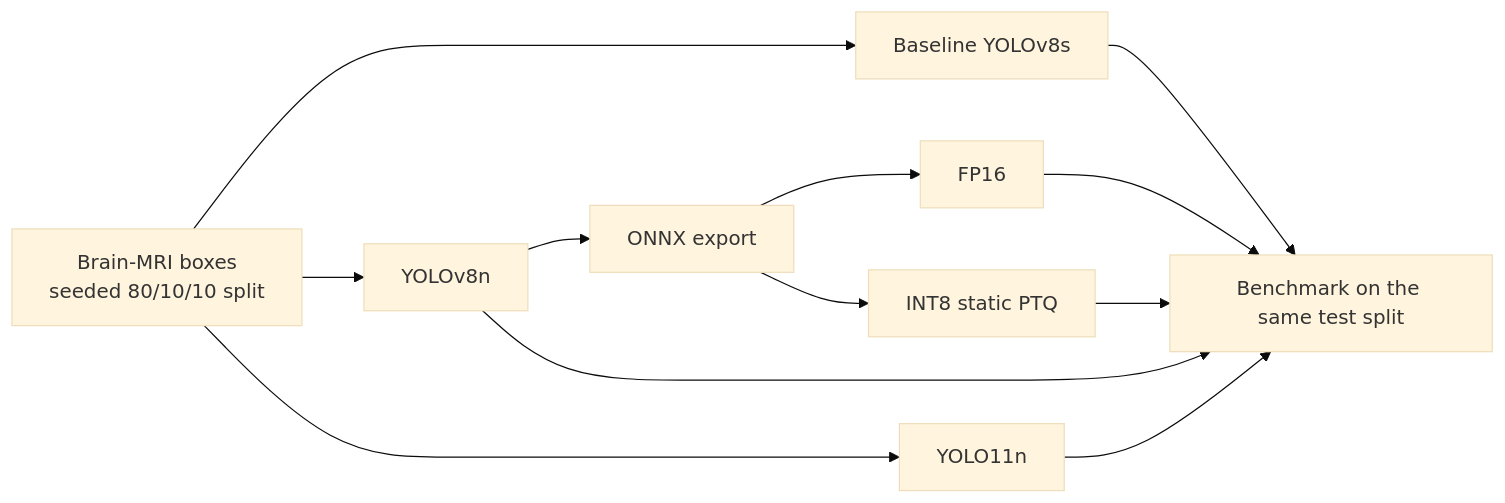
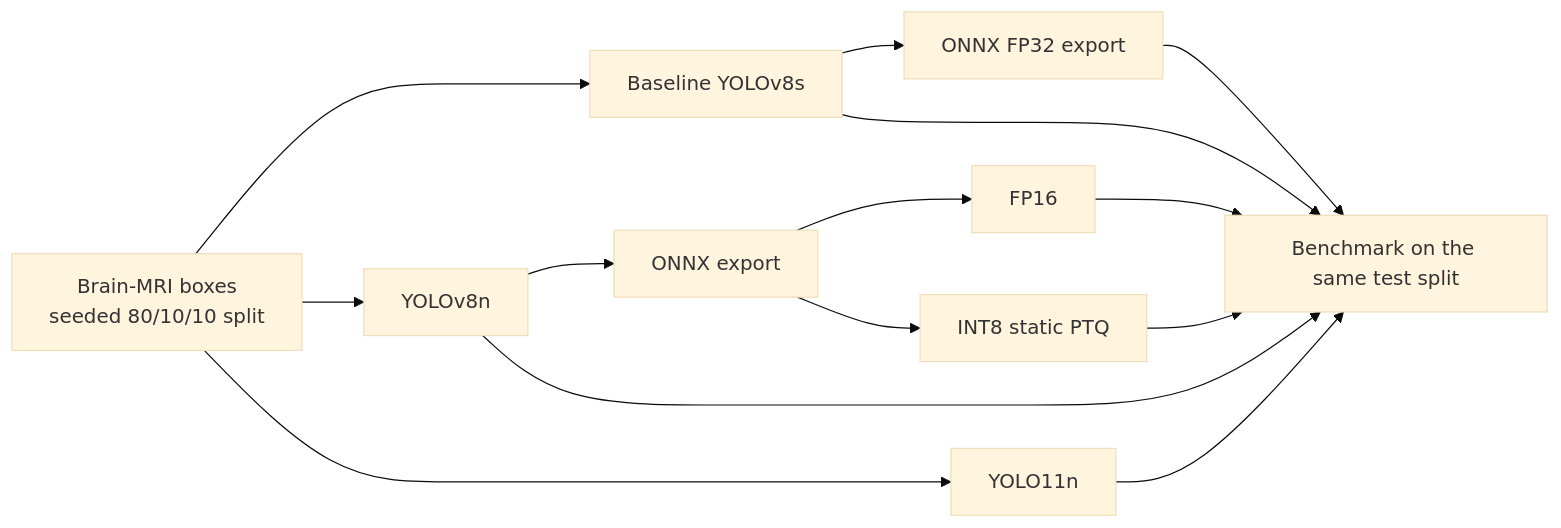
One commit to usman9114/tiny-tumor-detector changed the diagram in README.md. Above: the diagram before and after it, drawn with Mermaid (base theme). The commit also changed other lines of this file and 8 other files, not shown here.

````diff
--- a/README.md
+++ b/README.md
@@ -19,14 +17,16 @@
 ```mermaid
 flowchart LR
     D[Brain-MRI boxes<br/>seeded 80/10/10 split] --> B[Baseline YOLOv8s]
     D --> L1[YOLOv8n]
     D --> L2[YOLO11n]
+    B --> BO[ONNX FP32 export]
     L1 --> O[ONNX export]
     O --> F16[FP16]
     O --> I8[INT8 static PTQ]
     B --> BM[Benchmark on the same test split]
     L1 --> BM
     L2 --> BM
+    BO --> BM
     F16 --> BM
     I8 --> BM
 ```
````
